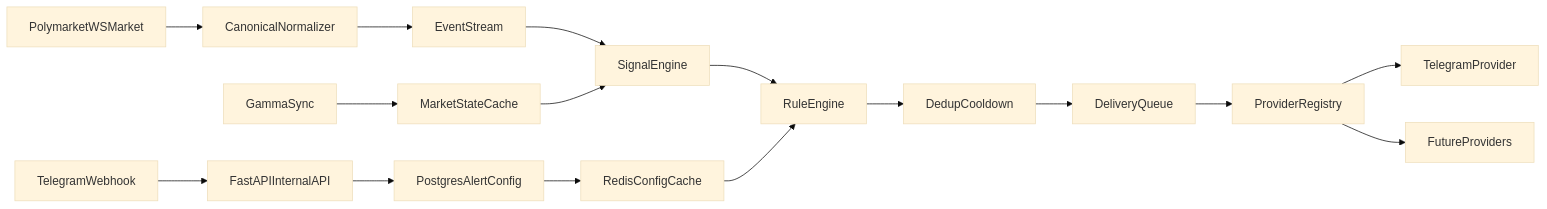
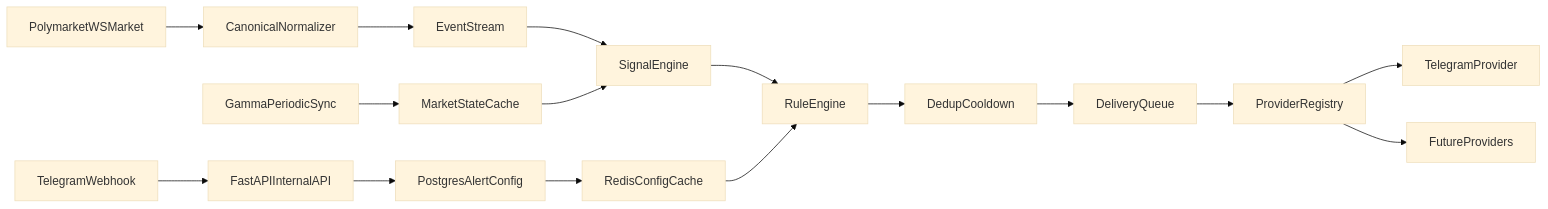
The first of 4 diagrams in docs/architecture/architecture-deck.md (MarchenkoRuslan/alarm_system), drawn with Mermaid (base theme) before and after one commit. The commit also changed other lines of this file and 22 other files, not shown here.

````diff
--- a/docs/architecture/architecture-deck.md
+++ b/docs/architecture/architecture-deck.md
@@ -29,18 +31,18 @@
 ```mermaid
 flowchart LR
   ws[PolymarketWSMarket] --> normalize[CanonicalNormalizer]
-  gamma[GammaSync] --> marketState[MarketStateCache]
+  gamma[GammaPeriodicSync] --> marketState[MarketStateCache]
   normalize --> stream[EventStream]
   stream --> signals[SignalEngine]
   marketState --> signals
   signals --> rules[RuleEngine]
   rules --> dedup[DedupCooldown]
   dedup --> queue[DeliveryQueue]
   queue --> registry[ProviderRegistry]
   registry --> tg[TelegramProvider]
   registry --> ext[FutureProviders]
   tgWebhook[TelegramWebhook] --> apiLayer[FastAPIInternalAPI]
   apiLayer --> configTruth[PostgresAlertConfig]
   configTruth --> configCache[RedisConfigCache]
   configCache --> rules
 ```
````
